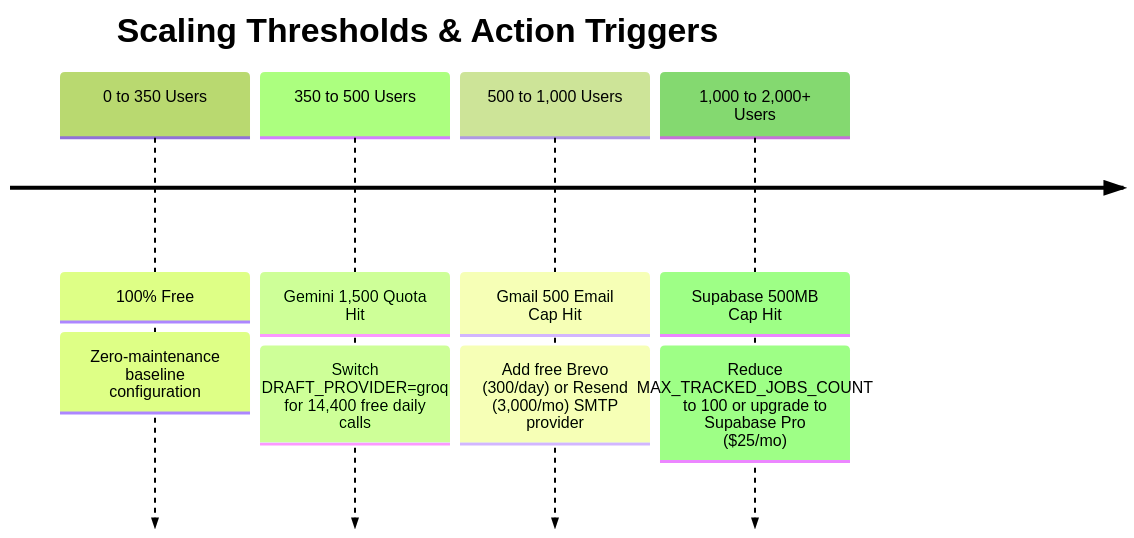
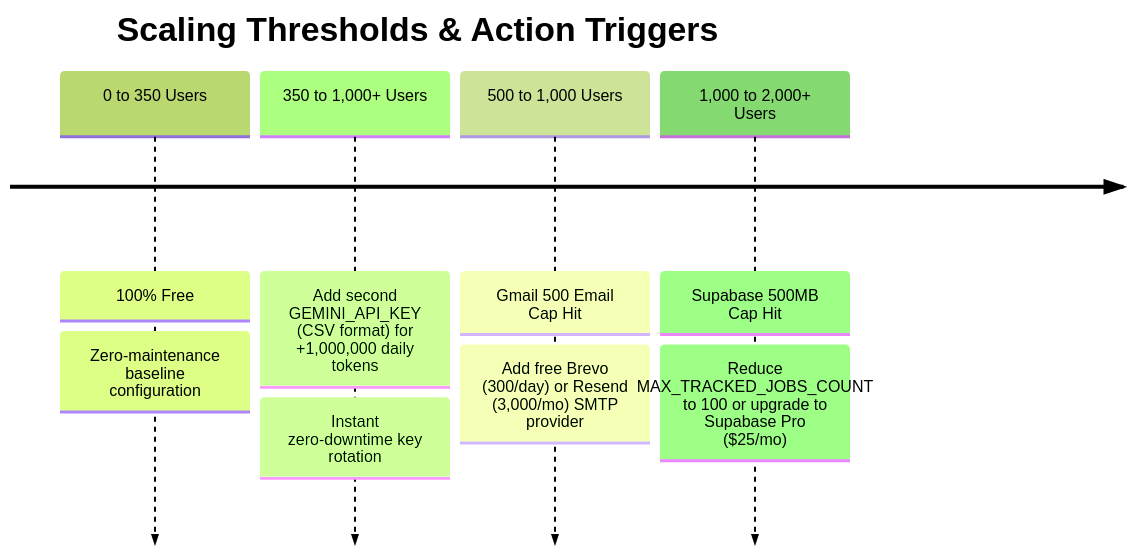
Before and after one commit to tanish-jain-225/job-hunter: the second of 2 diagrams in METRICS.md, drawn with Mermaid (forest theme). The commit also changed other lines of this file and 5 other files, not shown here.

Commit message:
docs: update Gemini Flash AI engine configuration and free-tier cost economics documentation

````diff
--- a/METRICS.md
+++ b/METRICS.md
@@ -107,12 +97,12 @@
 ```mermaid
 timeline
     title Scaling Thresholds & Action Triggers
     0 to 350 Users : 100% Free
                    : Zero-maintenance baseline configuration
-    350 to 500 Users : Gemini 1,500 Quota Hit
-                     : Switch DRAFT_PROVIDER=groq for 14,400 free daily calls
+    350 to 1,000+ Users : Add second GEMINI_API_KEY (CSV format) for +1,000,000 daily tokens
+                        : Instant zero-downtime key rotation
     500 to 1,000 Users : Gmail 500 Email Cap Hit
                        : Add free Brevo (300/day) or Resend (3,000/mo) SMTP provider
     1,000 to 2,000+ Users : Supabase 500MB Cap Hit
                           : Reduce MAX_TRACKED_JOBS_COUNT to 100 or upgrade to Supabase Pro ($25/mo)
 ```
````
